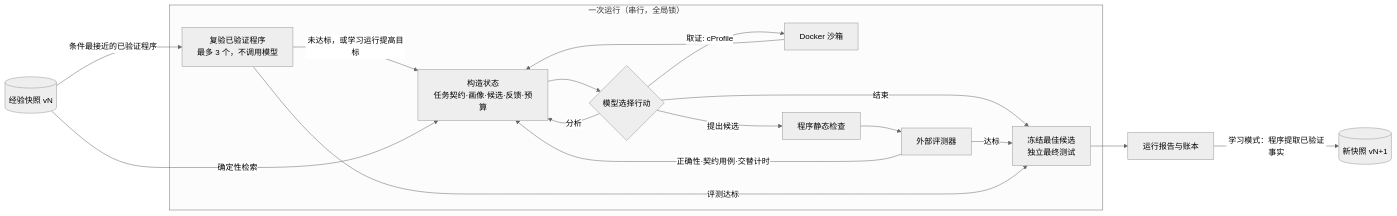
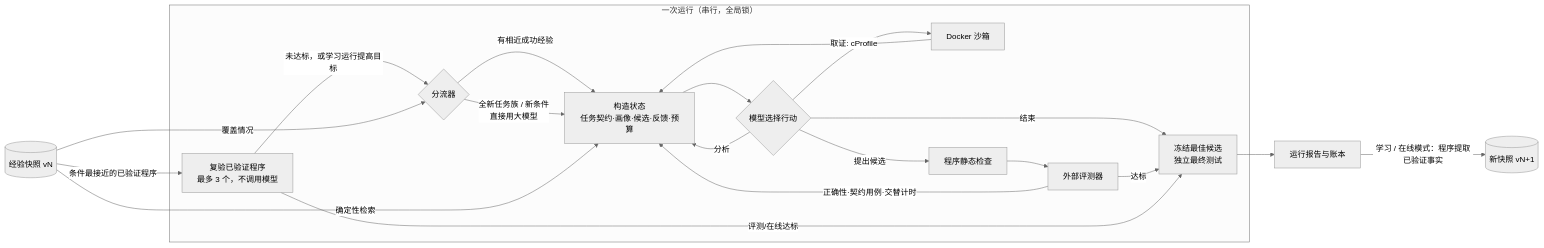
The diagram in docs/project-description.md (bohack-2026-hw/QuotaCrux), drawn with Mermaid (neutral theme) before and after one commit. The commit also changed other lines of this file and 4 other files, not shown here.

````diff
--- a/docs/project-description.md
+++ b/docs/project-description.md
@@ -32,20 +33,23 @@
 ```mermaid
 flowchart LR
     subgraph Run[一次运行（串行，全局锁）]
       S[构造状态<br/>任务契约·画像·候选·反馈·预算] --> M{模型选择行动}
       M -->|分析| S
       M -->|取证: cProfile| T[Docker 沙箱]
       M -->|提出候选| C[程序静态检查]
       C --> E[外部评测器]
       T --> S
       E -->|正确性·契约用例·交替计时| S
       M -->|结束| F
       E -->|达标| F[冻结最佳候选<br/>独立最终测试]
-      P[复验已验证程序<br/>最多 3 个，不调用模型] -->|评测达标| F
-      P -->|未达标，或学习运行提高目标| S
+      P[复验已验证程序<br/>最多 3 个，不调用模型] -->|评测/在线达标| F
+      P -->|未达标，或学习运行提高目标| Q{分流器}
+      Q -->|有相近成功经验| S
+      Q -->|全新任务族 / 新条件<br/>直接用大模型| S
     end
     K[(经验快照 vN)] -->|确定性检索| S
     K -->|条件最接近的已验证程序| P
+    K -->|覆盖情况| Q
     F --> R[运行报告与账本]
-    R -->|学习模式：程序提取已验证事实| K2[(新快照 vN+1)]
+    R -->|学习 / 在线模式：程序提取已验证事实| K2[(新快照 vN+1)]
 ```
````
